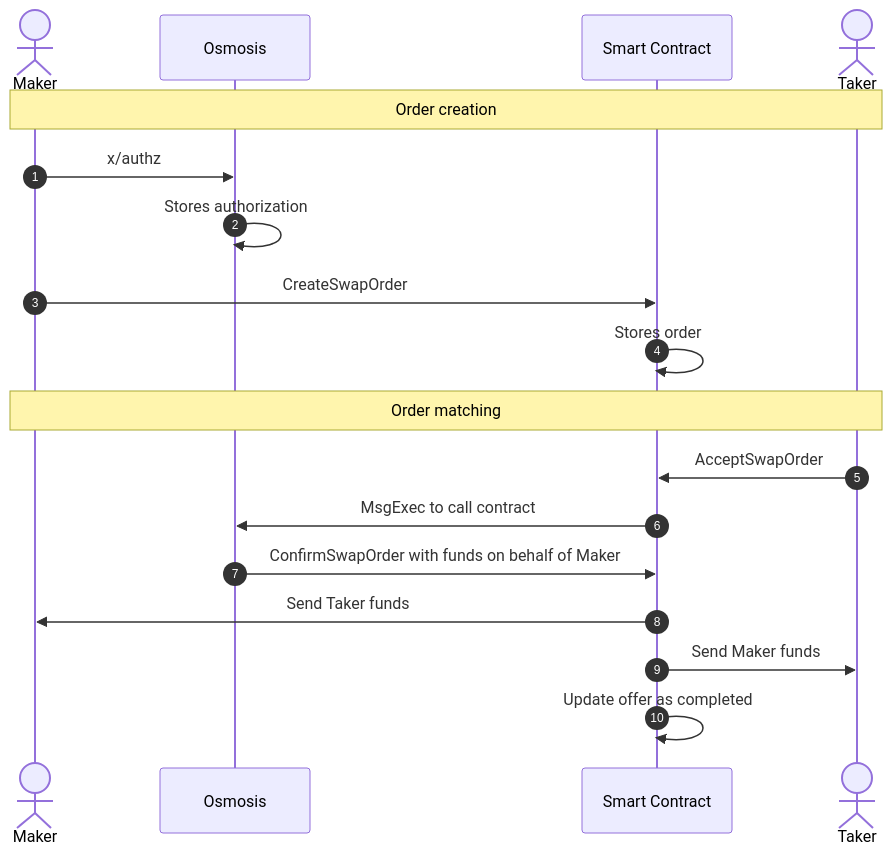
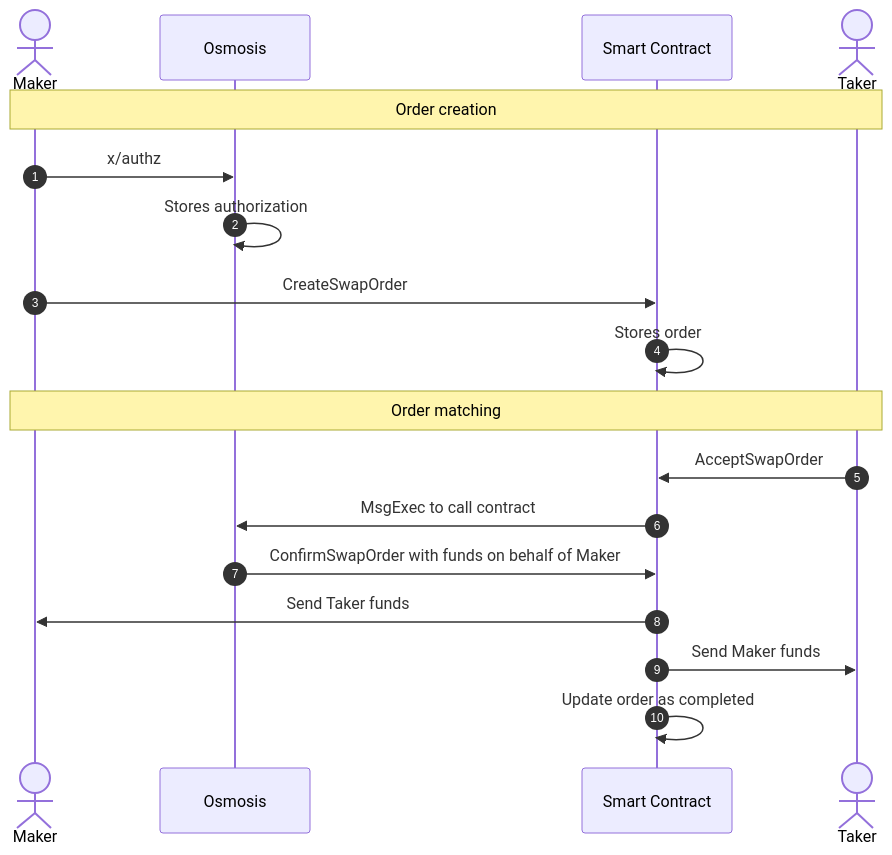
One commit to 0xstepit/cw-atomic-swap changed the diagram in README.md. Above: the diagram before and after it, drawn with Mermaid. The commit also changed other lines of this file and 9 other files, not shown here.

````diff
--- a/README.md
+++ b/README.md
@@ -34,23 +47,23 @@
 ```mermaid
 sequenceDiagram
 	autonumber
 	actor m as Maker
 	participant o as Osmosis
 	participant sc as Smart Contract
 	actor t as Taker
 
 	Note over m,t: Order creation
 	m ->>o: x/authz
 	o->>o:  Stores authorization
 	m ->> sc: CreateSwapOrder
 	sc->>sc: Stores order
 
 	Note over m,t: Order matching
 	t ->> sc: AcceptSwapOrder
 	sc ->> o: MsgExec to call contract
     o ->> sc: ConfirmSwapOrder with funds on behalf of Maker
 	sc ->> m: Send Taker funds
 	sc ->> t: Send Maker funds
-	sc->>sc: Update offer as completed
+	sc->>sc: Update order as completed
 
 ```
````
